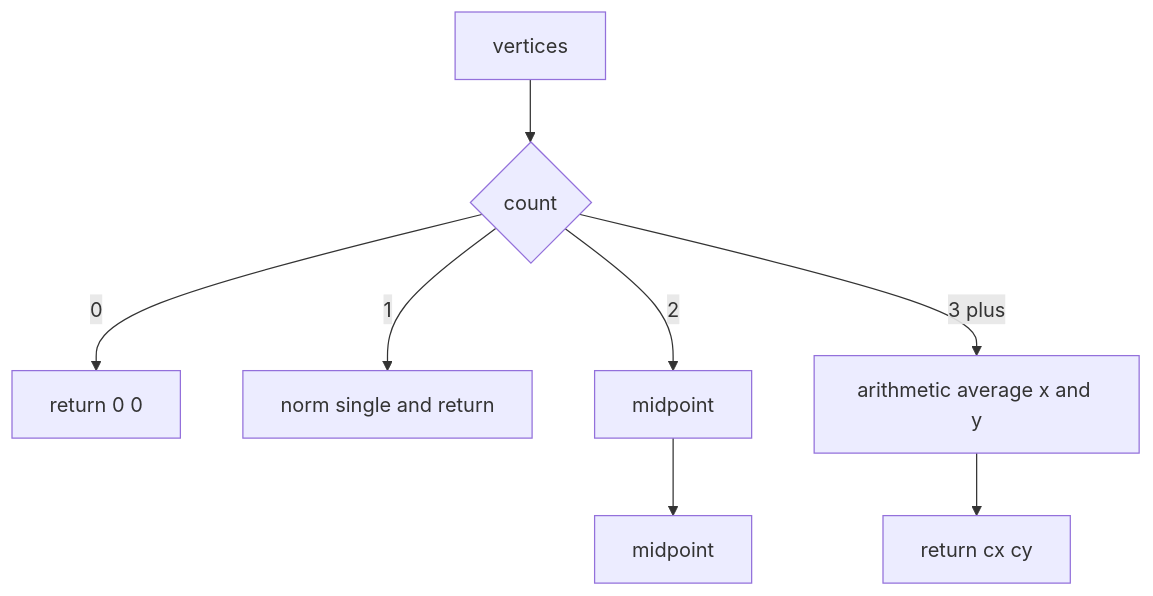
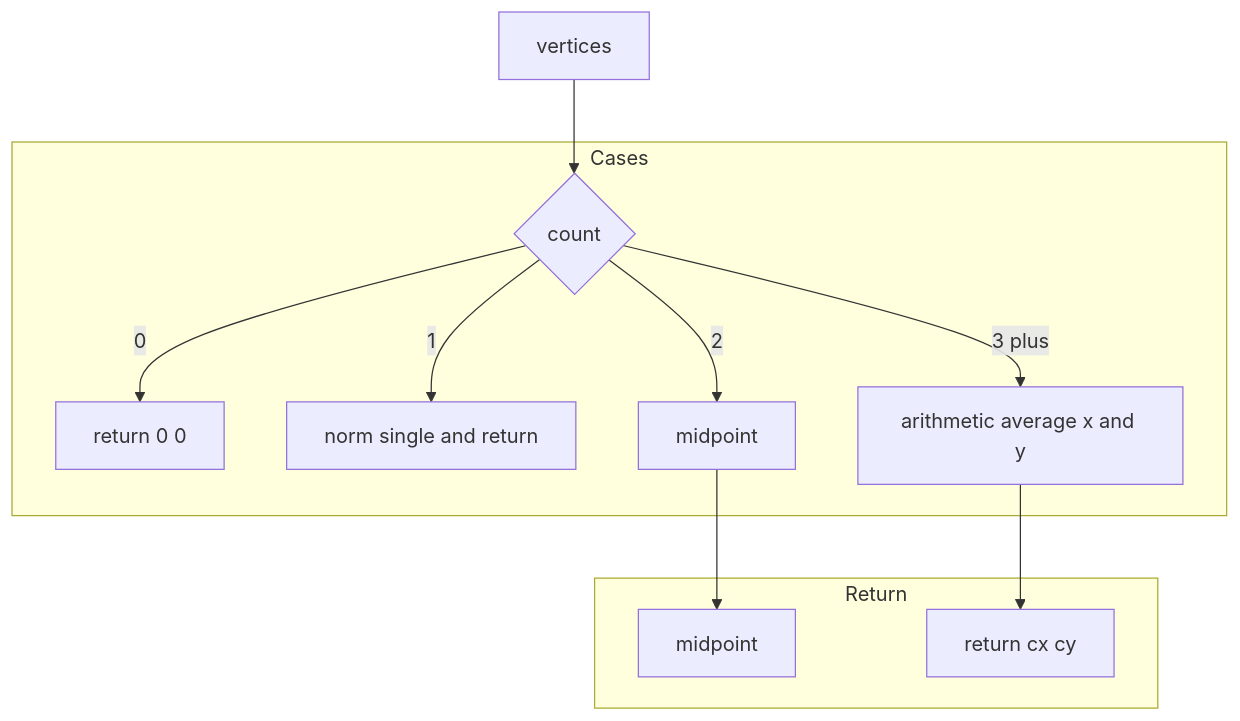
The second of 4 diagrams in docs/poly/reorder_and_centroids.md (Gh0st352/AETHR), drawn with Mermaid before and after one commit. The commit also changed other lines of this file and 9 other files, not shown here.

First line of the commit message:
docs(poly): improve README headings and mermaid diagrams

````diff
--- a/docs/poly/reorder_and_centroids.md
+++ b/docs/poly/reorder_and_centroids.md
@@ -34,10 +52,29 @@
 ```mermaid
+%% shared theme: docs/_mermaid/theme.json %%
 flowchart TD
   IN[vertices] --> CASES{count}
   CASES -->|0| Z[return 0 0]
   CASES -->|1| N[norm single and return]
   CASES -->|2| MID[midpoint]
   CASES -->|3 plus| AVG[arithmetic average x and y]
   MID --> OUT[midpoint]
   AVG --> OUT2[return cx cy]
+
+  subgraph "Cases"
+    CASES
+    Z
+    N
+    MID
+    AVG
+  end
+  subgraph "Return"
+    OUT
+    OUT2
+  end
+
+  class IN class_io;
+  class CASES class_decision;
+  class MID class_step;
+  class AVG class_compute;
+  class Z,N,OUT,OUT2 class_result;
 ```
````
